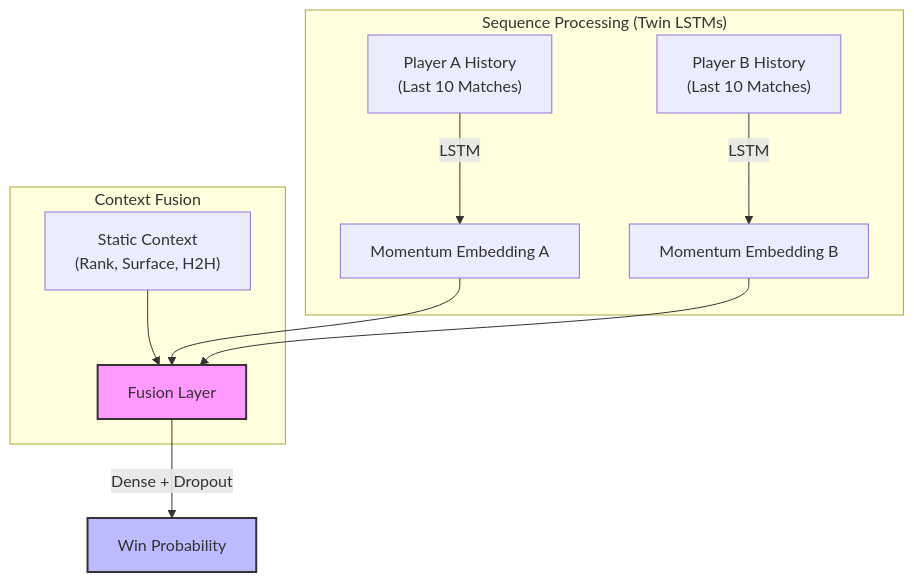
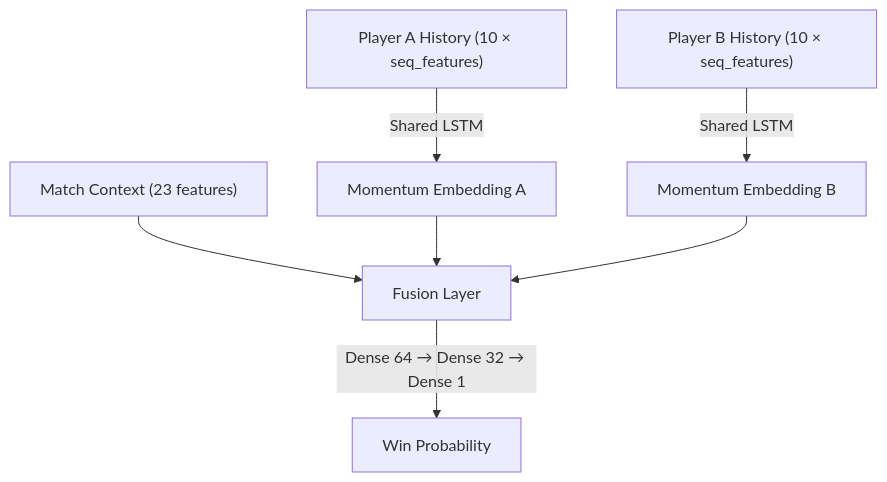
One commit to Condeg0/RafaelCondeGomes changed the diagram in tennis-forecast/index.qmd. Above: the diagram before and after it, drawn with Mermaid. The commit also changed other lines of this file, not shown here.

````diff
--- a/tennis-forecast/index.qmd
+++ b/tennis-forecast/index.qmd
@@ -45,21 +147,9 @@
 ```{mermaid}
-%%| label: fig-arch
-%%| fig-cap: "Hybrid Siamese LSTM Architecture"
 graph TD
-    subgraph SP ["Sequence Processing (Twin LSTMs)"]
-        A["Player A History<br/>(Last 10 Matches)"] -->|LSTM| E1[Momentum Embedding A]
-        B["Player B History<br/>(Last 10 Matches)"] -->|LSTM| E2[Momentum Embedding B]
-    end
-
-    subgraph CF ["Context Fusion"]
-        C["Static Context<br/>(Rank, Surface, H2H)"] --> F[Fusion Layer]
-        E1 --> F
-        E2 --> F
-    end
-
-    F -->|Dense + Dropout| O[Win Probability]
-
-    style F fill:#f9f,stroke:#333,stroke-width:2px
-    style O fill:#bbf,stroke:#333,stroke-width:2px
-
+    A["Player A History (10 × seq_features)"] -->|"Shared LSTM"| E1["Momentum Embedding A"]
+    B["Player B History (10 × seq_features)"] -->|"Shared LSTM"| E2["Momentum Embedding B"]
+    C["Match Context (23 features)"] --> F["Fusion Layer"]
+    E1 --> F
+    E2 --> F
+    F -->|"Dense 64 → Dense 32 → Dense 1"| O["Win Probability"]
 ```
````
